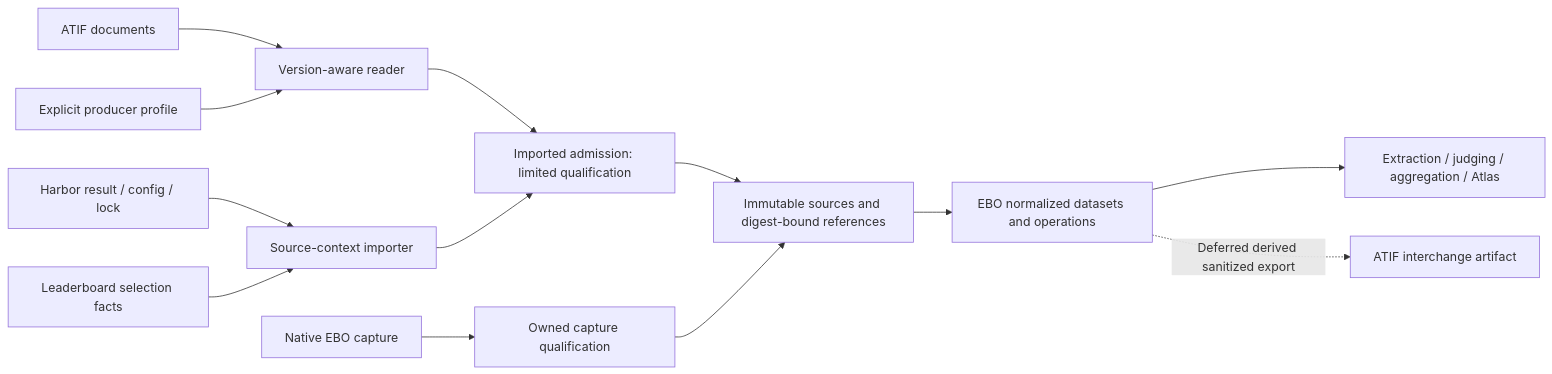
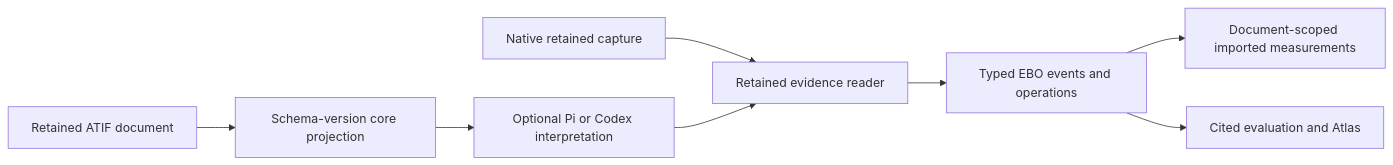
Before and after one commit to kumanday/engineering-behavior-observatory: the diagram in docs/development/atif-adoption-design.md, drawn with Mermaid. The commit also changed other lines of this file and 118 other files, not shown here.

Commit message:
fix(atif): preserve generic core evidence and qualify version drift

````diff
--- a/docs/development/atif-adoption-design.md
+++ b/docs/development/atif-adoption-design.md
@@ -37,15 +8,10 @@
 ```mermaid
 flowchart LR
-  A[ATIF documents] --> R[Version-aware reader]
-  P[Explicit producer profile] --> R
-  T[Harbor result / config / lock] --> I[Source-context importer]
-  B[Leaderboard selection facts] --> I
-  R --> Q[Imported admission: limited qualification]
-  I --> Q
-  N[Native EBO capture] --> C[Owned capture qualification]
-  Q --> S[Immutable sources and digest-bound references]
-  C --> S
-  S --> E[EBO normalized datasets and operations]
-  E --> V[Extraction / judging / aggregation / Atlas]
-  E -. Deferred derived sanitized export .-> X[ATIF interchange artifact]
+  N[Native retained capture] --> R[Retained evidence reader]
+  A[Retained ATIF document] --> C[Schema-version core projection]
+  C --> O[Optional Pi or Codex interpretation]
+  O --> R
+  R --> D[Typed EBO events and operations]
+  D --> S[Document-scoped imported measurements]
+  D --> V[Cited evaluation and Atlas]
 ```
````
